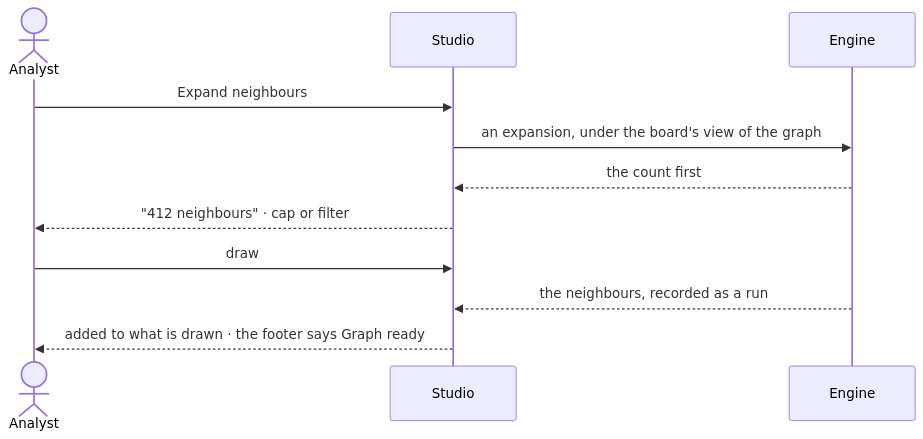
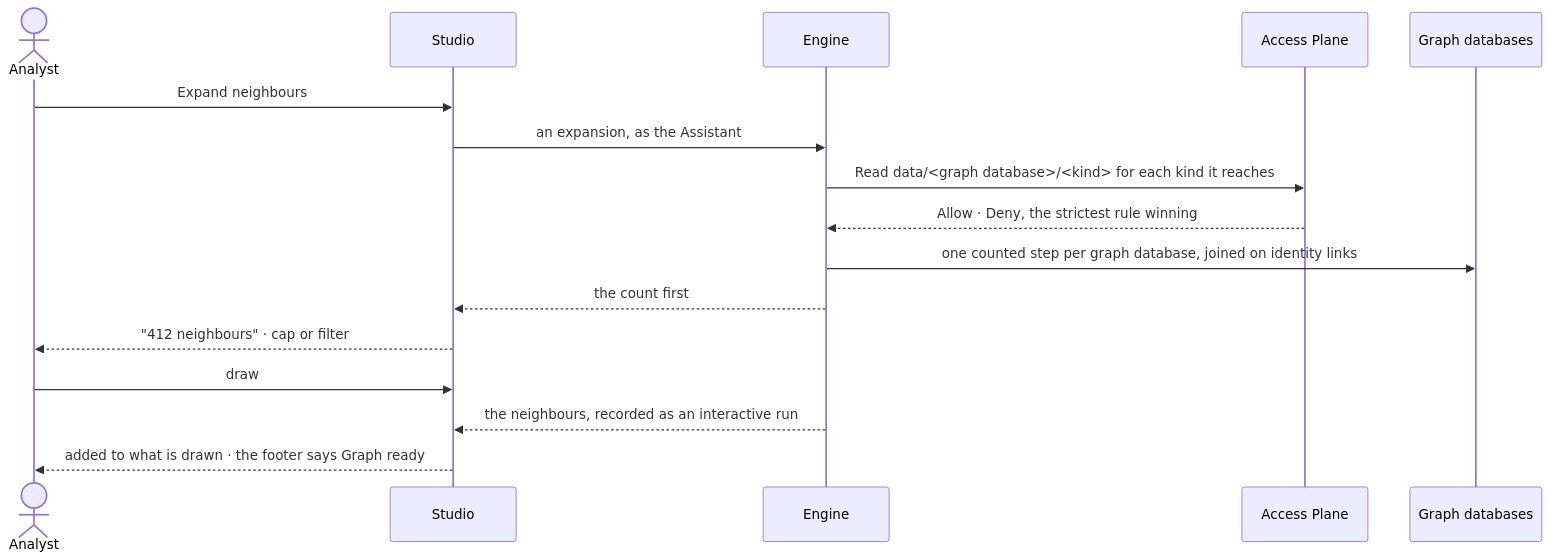
Before and after one commit to invana/invana: the second of 2 diagrams in specs/capabilities/explore/features/EX-F01-the-board-and-its-canvas/feature.md, drawn with Mermaid. The commit also changed other lines of this file and 522 other files, not shown here.

````diff
--- a/specs/capabilities/explore/features/EX-F01-the-board-and-its-canvas/feature.md
+++ b/specs/capabilities/explore/features/EX-F01-the-board-and-its-canvas/feature.md
@@ -48,13 +50,18 @@
 ```mermaid
 sequenceDiagram
   actor P as Analyst
   participant S as Studio
   participant E as Engine
+  participant X as Access Plane
+  participant G as Graph databases
   P->>S: Expand neighbours
-  S->>E: an expansion, under the board's view of the graph
+  S->>E: an expansion, as the Assistant
+  E->>X: Read data/<graph database>/<kind> for each kind it reaches
+  X-->>E: Allow · Deny, the strictest rule winning
+  E->>G: one counted step per graph database, joined on identity links
   E-->>S: the count first
   S-->>P: "412 neighbours" · cap or filter
   P->>S: draw
-  E-->>S: the neighbours, recorded as a run
+  E-->>S: the neighbours, recorded as an interactive run
   S-->>P: added to what is drawn · the footer says Graph ready
 ```
````
